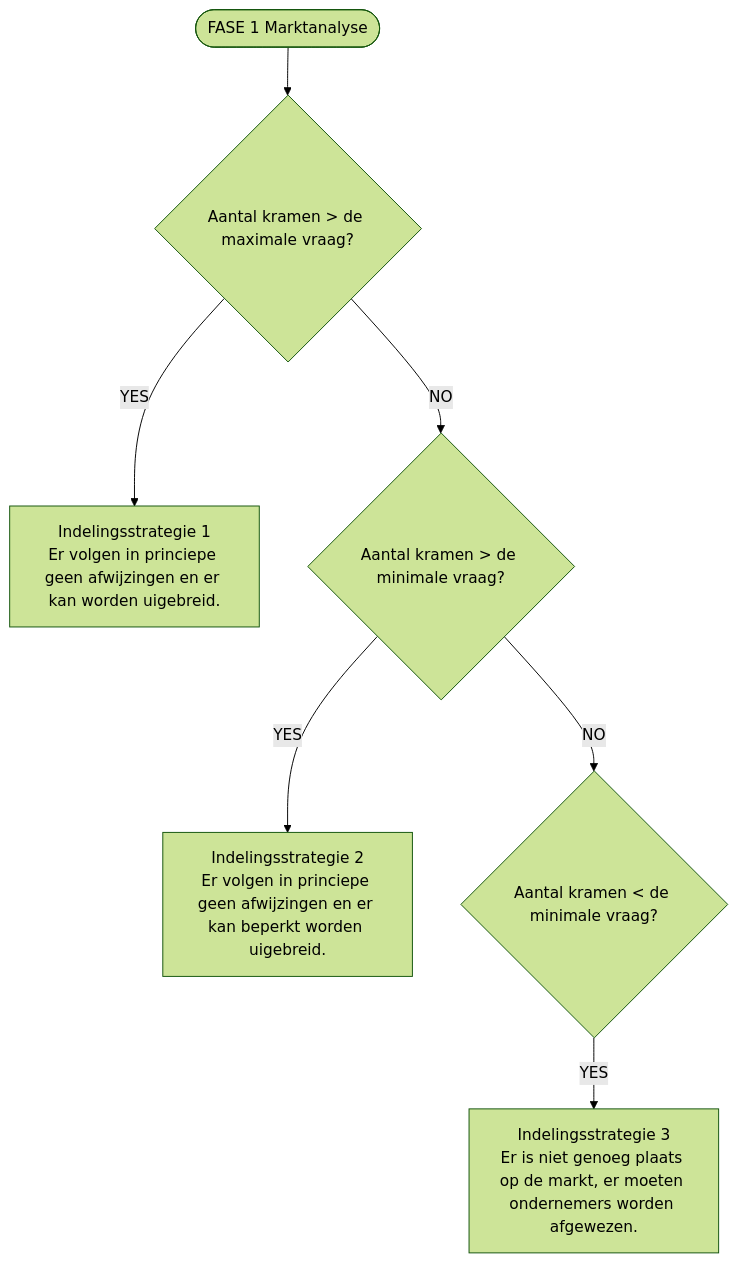
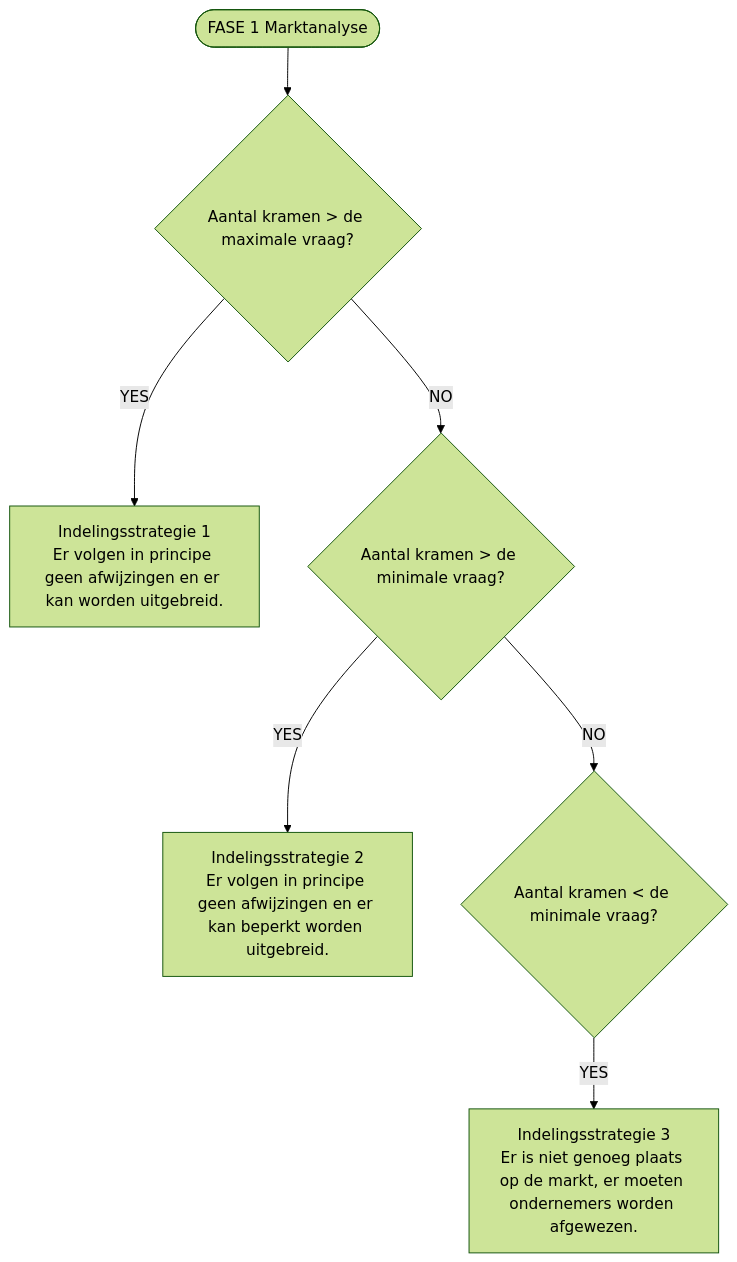
One commit to Amsterdam/makkelijkemarkt-allocation changed the diagram in diagrams/src/fase_1.mmd. Above: the diagram before and after it, drawn with Mermaid (forest theme). The commit also changed 46 other files, not shown here.

Commit message:
new diagrams

```diff
--- a/diagrams/src/fase_1.mmd
+++ b/diagrams/src/fase_1.mmd
@@ -1,10 +1,10 @@
 graph TD
     A([FASE 1 Marktanalyse]) -->
 	B{Aantal kramen > de maximale vraag?}
-    B --YES--> strat_1[Indelingsstrategie 1<br>Er volgen in princiepe geen afwijzingen en er kan worden uigebreid.]
+    B --YES--> strat_1[Indelingsstrategie 1<br>Er volgen in principe geen afwijzingen en er kan worden uitgebreid.]
     B --NO--> C
 	C{Aantal kramen > de minimale vraag?}
-    C --YES--> strat_2[Indelingsstrategie 2<br>Er volgen in princiepe geen afwijzingen en er kan beperkt worden uigebreid.]
+    C --YES--> strat_2[Indelingsstrategie 2<br>Er volgen in principe geen afwijzingen en er kan beperkt worden uitgebreid.]
     C --NO--> D
 	D{Aantal kramen < de minimale vraag?}
     D --YES--> strat_3[Indelingsstrategie 3<br>Er is niet genoeg plaats op de markt, er moeten ondernemers worden afgewezen.]
```
